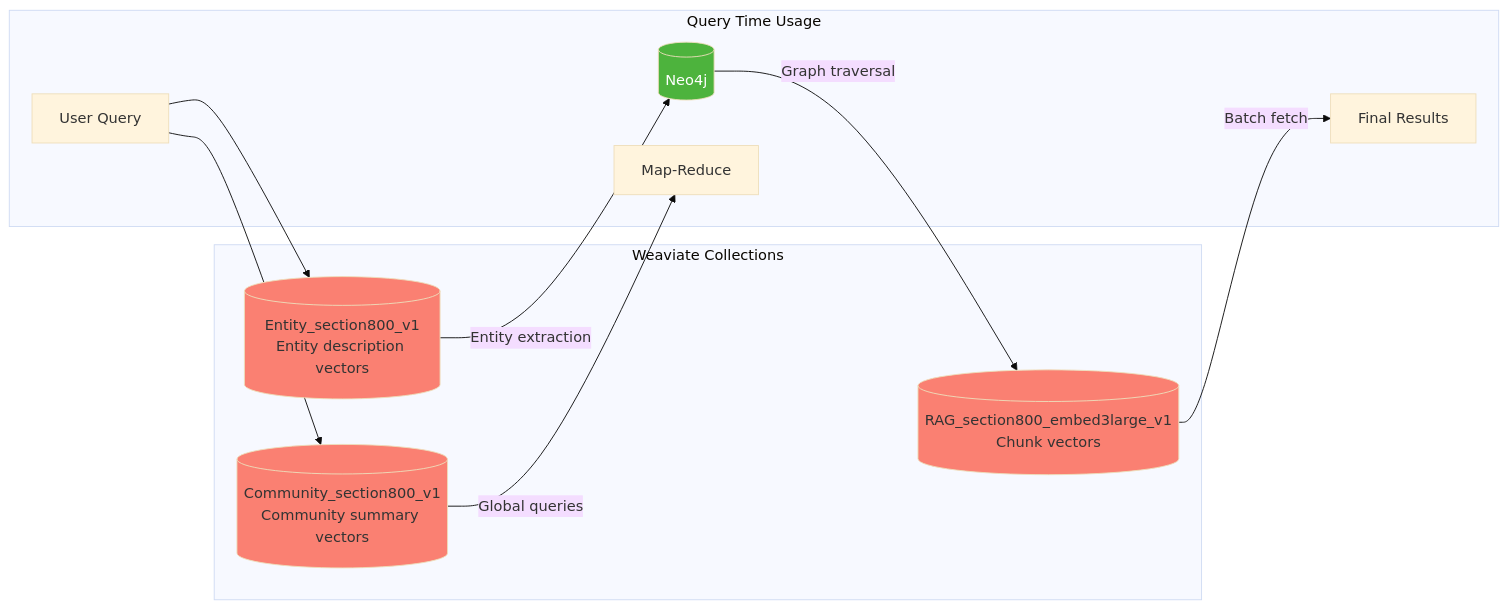
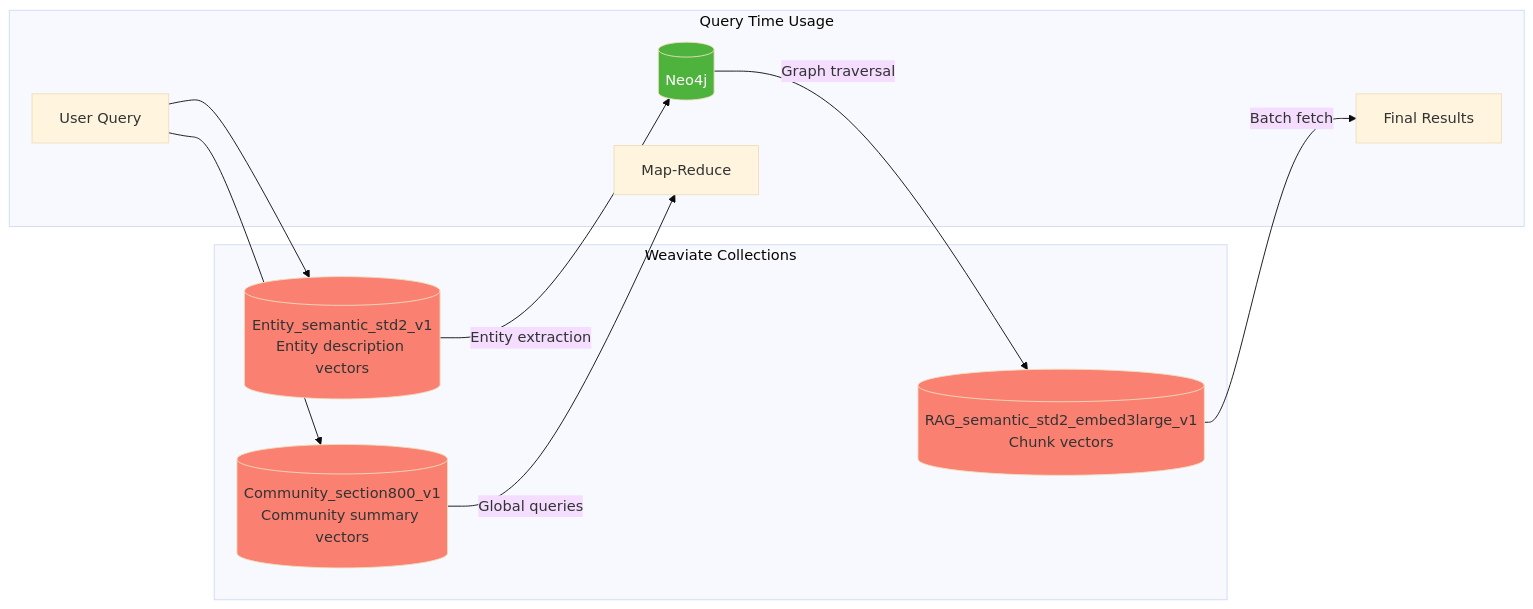
The sixth of 8 diagrams in memory-bank/graphrag/graphrag_raglab_implementation.md (crlsrmrlsz/raglab), drawn with Mermaid (base theme) before and after one commit. The commit also changed other lines of this file, not shown here.

First line of the commit message:
docs(graphrag): update implementation doc to match semantic_std2 chunking

````diff
--- a/memory-bank/graphrag/graphrag_raglab_implementation.md
+++ b/memory-bank/graphrag/graphrag_raglab_implementation.md
@@ -452,23 +454,23 @@
 ```mermaid
 flowchart LR
     subgraph Collections["Weaviate Collections"]
-        CHUNKS[(RAG_section800_embed3large_v1<br/>Chunk vectors)]
+        CHUNKS[(RAG_semantic_std2_embed3large_v1<br/>Chunk vectors)]
         COMMS[(Community_section800_v1<br/>Community summary vectors)]
-        ENTS[(Entity_section800_v1<br/>Entity description vectors)]
+        ENTS[(Entity_semantic_std2_v1<br/>Entity description vectors)]
     end
 
     subgraph Usage["Query Time Usage"]
         QUERY[User Query] --> ENTS
         QUERY --> COMMS
 
         ENTS --> |Entity extraction| NEO4J[(Neo4j)]
         NEO4J --> |Graph traversal| CHUNKS
         CHUNKS --> |Batch fetch| RESULTS[Final Results]
         COMMS --> |Global queries| MAPRED[Map-Reduce]
     end
 
     style CHUNKS fill:#fa8072
     style COMMS fill:#fa8072
     style ENTS fill:#fa8072
     style NEO4J fill:#4db33d,color:white
 ```
````
